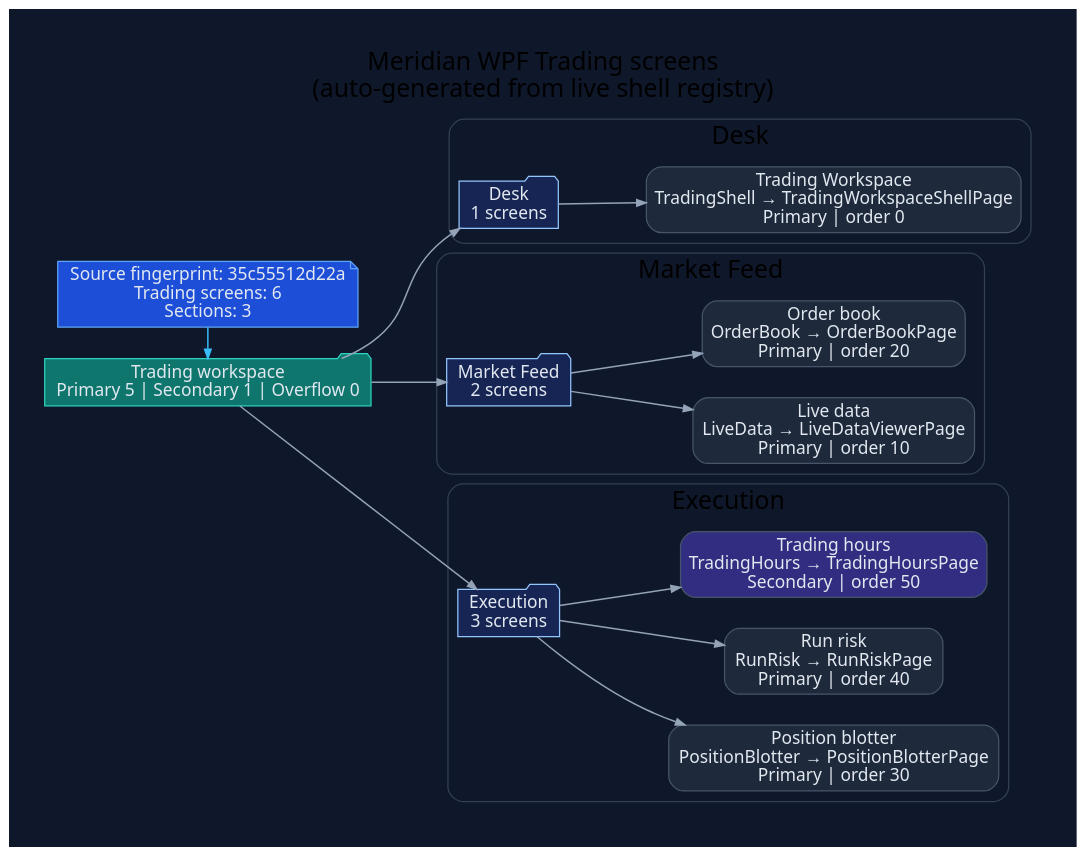
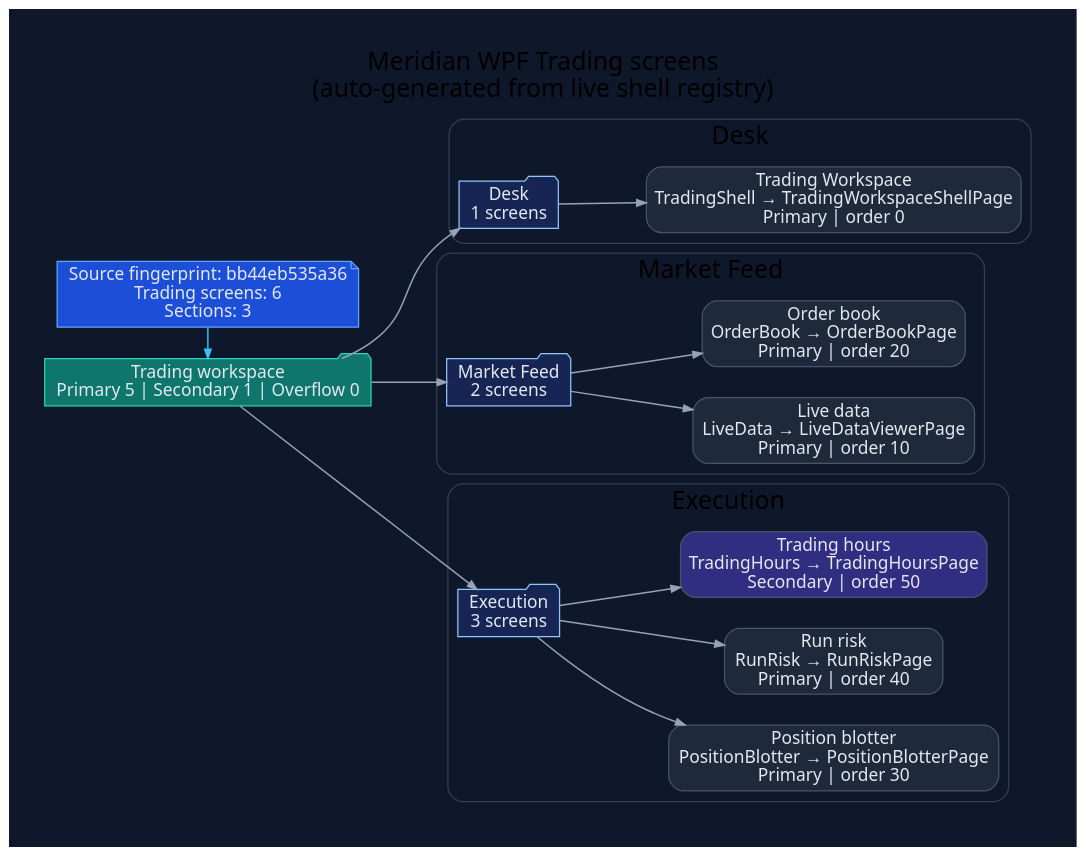
The diagram in docs/diagrams/ui/ui-wpf-screens-trading.dot (rodoHasArrived/Meridian-main), drawn with Graphviz before and after one commit. The commit also changed 45 other files, not shown here.

Commit message:
Refresh generated WPF source fingerprints from hosted regeneration

```diff
--- a/docs/diagrams/ui/ui-wpf-screens-trading.dot
+++ b/docs/diagrams/ui/ui-wpf-screens-trading.dot
@@ -1,62 +1,62 @@
 // -----------------------------------------------------------------------------
 // <auto-generated>
 // Generated by scripts/generate-diagrams.mjs.
 // Do not edit this file directly; update the WPF source files instead.
 // -----------------------------------------------------------------------------
 digraph WpfTradingScreens {
   graph [
     rankdir=LR,
     labelloc=t,
     label="Meridian WPF Trading screens\n(auto-generated from live shell registry)",
     fontname="Segoe UI",
     fontsize=20,
     pad=0.4,
     nodesep=0.35,
     ranksep=0.85,
     bgcolor="#0f172a"
   ];
   node [fontname="Segoe UI", shape=box, style="rounded,filled", color="#475569", fontcolor="#e2e8f0", fillcolor="#1e293b"];
   edge [fontname="Segoe UI", color="#94a3b8", penwidth=1.2, arrowsize=0.75];
 
-  generated [shape=note, fillcolor="#1d4ed8", color="#60a5fa", label="Source fingerprint: 35c55512d22a\nTrading screens: 6\nSections: 3"];
+  generated [shape=note, fillcolor="#1d4ed8", color="#60a5fa", label="Source fingerprint: bb44eb535a36\nTrading screens: 6\nSections: 3"];
   workspace [shape=folder, fillcolor="#0f766e", color="#2dd4bf", label="Trading workspace\nPrimary 5 | Secondary 1 | Overflow 0"];
   generated -> workspace [color="#38bdf8"];
 
   subgraph cluster_section_1 {
     label="Desk";
     color="#334155";
     style="rounded";
     section_1 [shape=folder, fillcolor="#172554", color="#93c5fd", label="Desk\n1 screens"];
     workspace -> section_1;
     screen_TradingShell [fillcolor="#1e293b", label="Trading Workspace\nTradingShell → TradingWorkspaceShellPage\nPrimary | order 0"];
     section_1 -> screen_TradingShell;
   }
 
   subgraph cluster_section_2 {
     label="Market Feed";
     color="#334155";
     style="rounded";
     section_2 [shape=folder, fillcolor="#172554", color="#93c5fd", label="Market Feed\n2 screens"];
     workspace -> section_2;
     screen_LiveData [fillcolor="#1e293b", label="Live data\nLiveData → LiveDataViewerPage\nPrimary | order 10"];
     section_2 -> screen_LiveData;
     screen_OrderBook [fillcolor="#1e293b", label="Order book\nOrderBook → OrderBookPage\nPrimary | order 20"];
     section_2 -> screen_OrderBook;
   }
 
   subgraph cluster_section_3 {
     label="Execution";
     color="#334155";
     style="rounded";
     section_3 [shape=folder, fillcolor="#172554", color="#93c5fd", label="Execution\n3 screens"];
     workspace -> section_3;
     screen_PositionBlotter [fillcolor="#1e293b", label="Position blotter\nPositionBlotter → PositionBlotterPage\nPrimary | order 30"];
     section_3 -> screen_PositionBlotter;
     screen_RunRisk [fillcolor="#1e293b", label="Run risk\nRunRisk → RunRiskPage\nPrimary | order 40"];
     section_3 -> screen_RunRisk;
     screen_TradingHours [fillcolor="#312e81", label="Trading hours\nTradingHours → TradingHoursPage\nSecondary | order 50"];
     section_3 -> screen_TradingHours;
   }
 
   { rank=min; generated; workspace; }
 }
```
